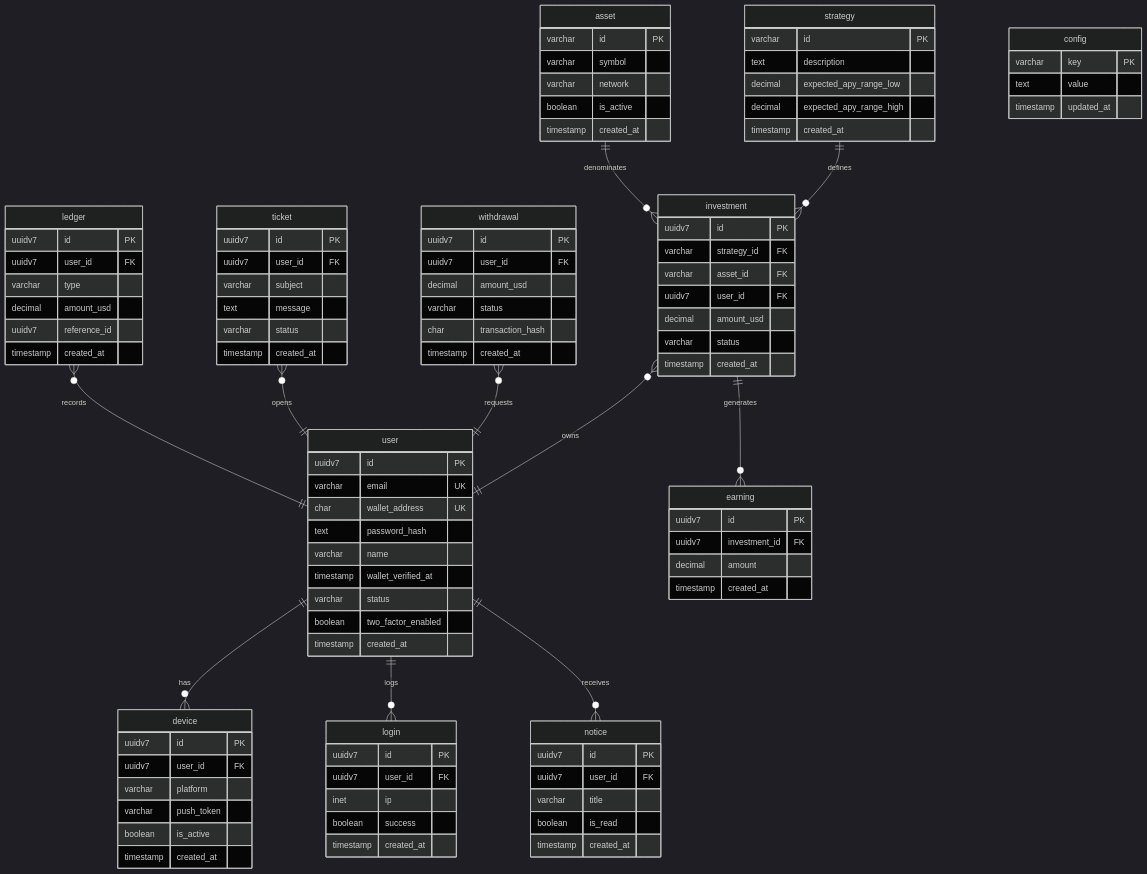
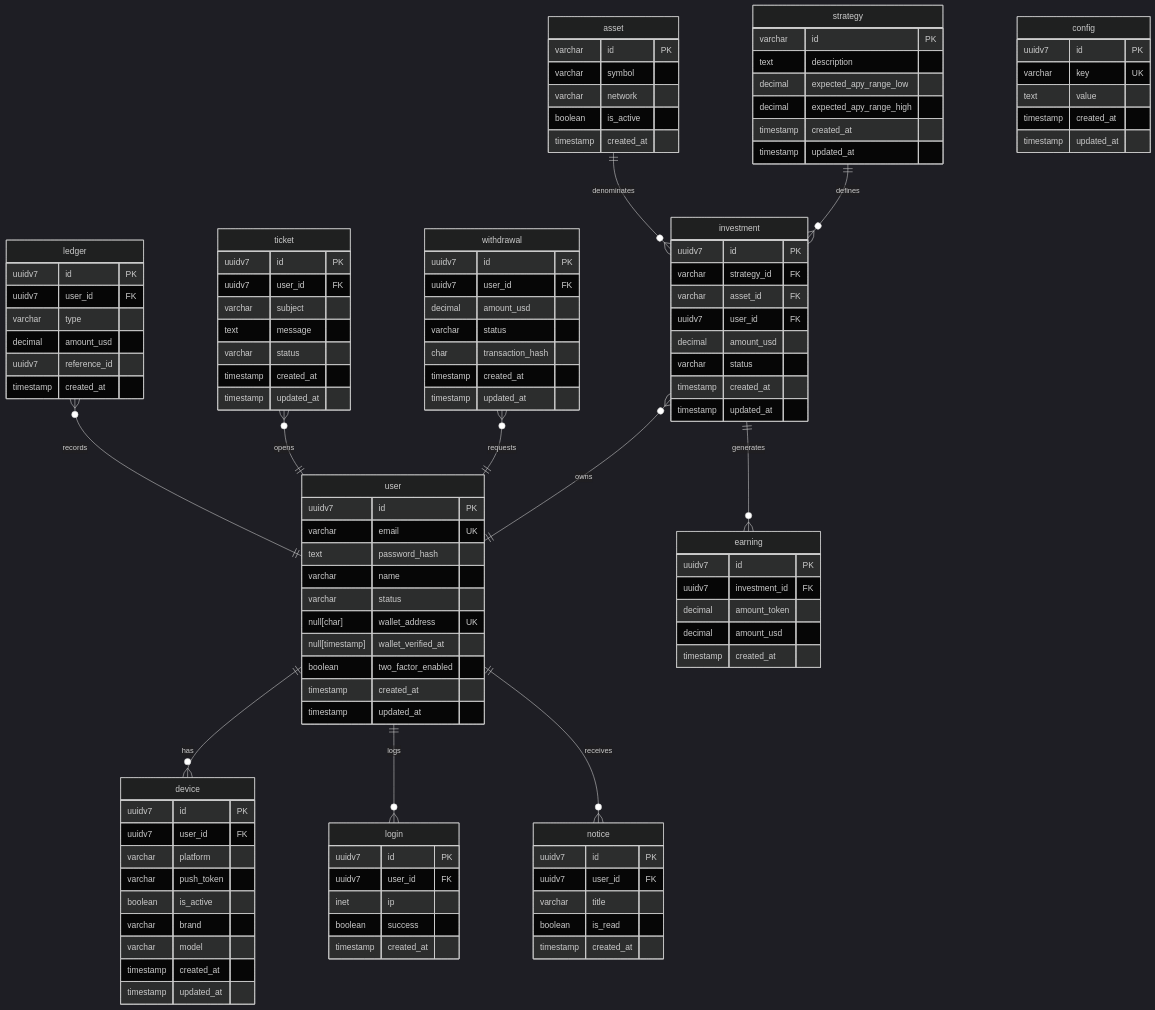
The diagram in er.mermaid (leandroluk/investor), drawn with Mermaid (dark theme) before and after one commit. The commit also changed 234 other files, not shown here.

```diff
--- a/er.mermaid
+++ b/er.mermaid
@@ -1,118 +1,129 @@
  erDiagram
     %% MODULE: account
     device {
         uuidv7    id         PK
         uuidv7    user_id    FK
         varchar   platform   ""
         varchar   push_token ""
         boolean   is_active  ""
+        varchar   brand      ""
+        varchar   model      ""
         timestamp created_at ""
+        timestamp updated_at ""
     }
     login {
         uuidv7    id         PK
         uuidv7    user_id    FK
         inet      ip         ""
         boolean   success    ""
         timestamp created_at ""
     }
     user {
-        uuidv7    id                 PK
-        varchar   email              UK
-        char      wallet_address     UK
-        text      password_hash      ""
-        varchar   name               ""
-        timestamp wallet_verified_at ""
-        varchar   status             ""
-        boolean   two_factor_enabled ""
-        timestamp created_at         ""
+        uuidv7          id                 PK
+        varchar         email              UK
+        text            password_hash      ""
+        varchar         name               ""
+        varchar         status             ""
+        null[char]      wallet_address     UK
+        null[timestamp] wallet_verified_at ""
+        boolean         two_factor_enabled ""
+        timestamp       created_at         ""
+        timestamp       updated_at         ""
     }
 
     %% MODULE: audit
     ledger {
         uuidv7    id           PK
         uuidv7    user_id      FK
         varchar   type         "" 
         decimal   amount_usd   ""
         uuidv7    reference_id ""
         timestamp created_at   ""
     }
 
     %% MODULE: catalog
     asset {
         varchar   id         PK
         varchar   symbol     ""
         varchar   network    ""
         boolean   is_active  ""
         timestamp created_at ""
     }
     strategy {
         varchar   id                      PK
         text      description             ""
         decimal   expected_apy_range_low  ""
         decimal   expected_apy_range_high ""
         timestamp created_at              ""
+        timestamp updated_at              ""
     }
 
     %% MODULE: portfolio
     earning {
         uuidv7    id            PK
         uuidv7    investment_id FK
-        decimal   amount        ""
+        decimal   amount_token  ""
+        decimal   amount_usd    ""
         timestamp created_at    ""
     }
     investment {
         uuidv7    id          PK
         varchar   strategy_id FK
         varchar   asset_id    FK
         uuidv7    user_id     FK
         decimal   amount_usd  ""
         varchar   status      ""
         timestamp created_at  ""
+        timestamp updated_at  ""
     }
 
     %% MODULE: signal
     notice {
         uuidv7    id         PK
         uuidv7    user_id    FK
         varchar   title      ""
         boolean   is_read    ""
         timestamp created_at ""
     }
 
     %% MODULE: support
     ticket {
         uuidv7    id         PK
         uuidv7    user_id    FK
         varchar   subject    ""
         text      message    ""
         varchar   status     ""
         timestamp created_at ""
+        timestamp updated_at ""
     }
 
     %% MODULE: system
     config {
-        varchar   key          PK
+        uuidv7    id           PK
+        varchar   key          UK
         text      value        ""
+        timestamp created_at   ""
         timestamp updated_at   ""
     }
 
     %% MODULE: treasury
     withdrawal {
         uuidv7    id               PK
         uuidv7    user_id          FK
         decimal   amount_usd       ""
         varchar   status           ""
         char      transaction_hash ""
         timestamp created_at       ""
+        timestamp updated_at       ""
     }
 
     user       ||--o{ device     : "has"
     user       ||--o{ login      : "logs"
     user       ||--o{ notice     : "receives"
     investment }o--|| user       : "owns"
     withdrawal }o--|| user       : "requests"
     ticket     }o--|| user       : "opens"
     ledger     }o--|| user       : "records"
     strategy   ||--o{ investment : "defines"
     asset      ||--o{ investment : "denominates"
     investment ||--o{ earning    : "generates"
```
